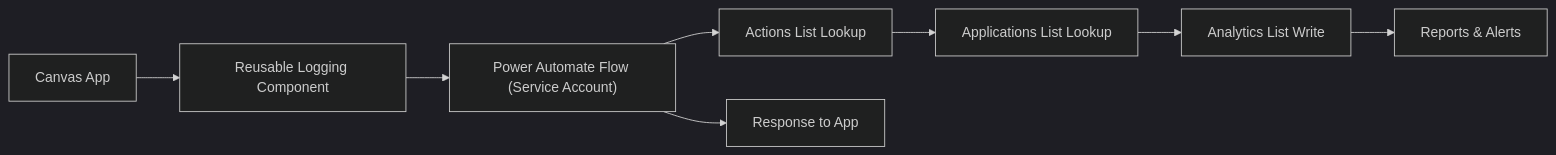
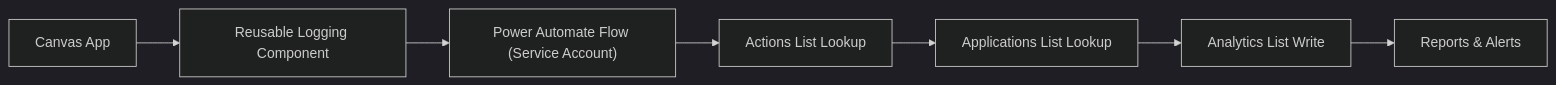
Before and after one commit to krystofpe/krystofpe_blog: the second of 2 diagrams in _posts/2026-03-04-custom-logging-canvas-apps.md, drawn with Mermaid (dark theme). The commit also changed other lines of this file, not shown here.

````diff
--- a/_posts/2026-03-04-custom-logging-canvas-apps.md
+++ b/_posts/2026-03-04-custom-logging-canvas-apps.md
@@ -73,10 +73,9 @@
 ```mermaid
 flowchart LR
     A["Canvas App"] --> B["Reusable Logging Component"]
     B --> C["Power Automate Flow (Service Account)"]
     C --> D["Actions List Lookup"]
     D --> E["Applications List Lookup"]
     E --> F["Analytics List Write"]
     F --> G["Reports & Alerts"]
-    C --> H["Response to App"]
 ```
````
